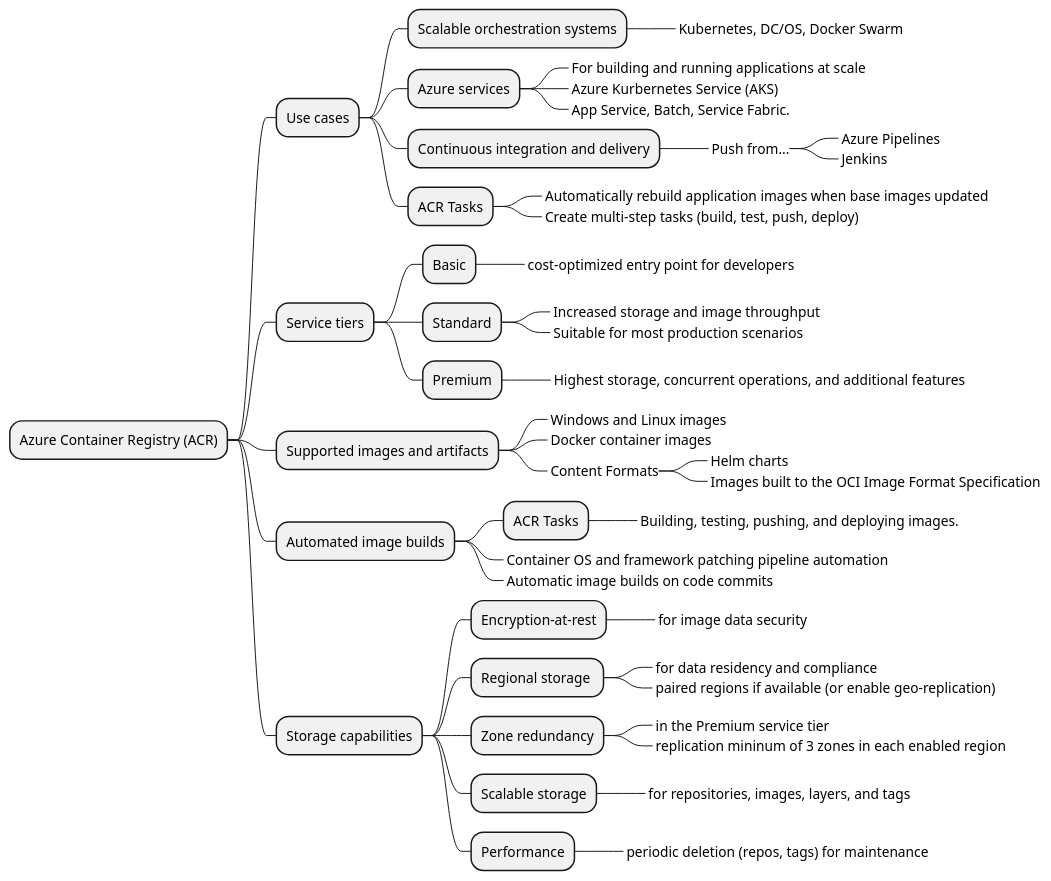
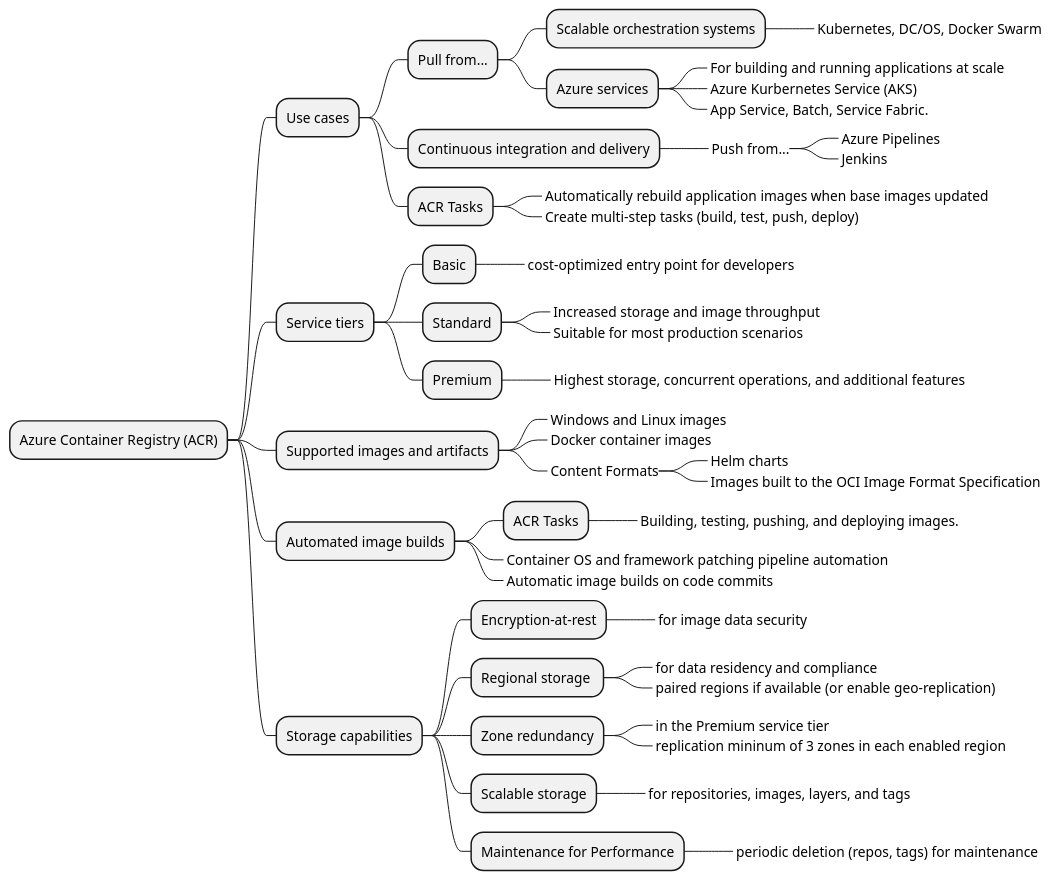
The diagram in 03 - containerized-solutions/diagrams/container-registry.plantuml (bobbyache/AZ-204), drawn with PlantUML before and after one commit. The commit also changed 61 other files, not shown here.

```diff
--- a/03 - containerized-solutions/diagrams/container-registry.plantuml
+++ b/03 - containerized-solutions/diagrams/container-registry.plantuml
@@ -1,52 +1,53 @@
 @startmindmap
 
 + Azure Container Registry (ACR)
 ++ Use cases
-+++ Scalable orchestration systems
-++++_ Kubernetes, DC/OS, Docker Swarm
-+++ Azure services
-++++_ For building and running applications at scale
-++++_ Azure Kurbernetes Service (AKS)
-++++_ App Service, Batch, Service Fabric.
++++ Pull from...
+++++ Scalable orchestration systems
++++++_ Kubernetes, DC/OS, Docker Swarm
+++++ Azure services
++++++_ For building and running applications at scale
++++++_ Azure Kurbernetes Service (AKS)
++++++_ App Service, Batch, Service Fabric.
 +++ Continuous integration and delivery
 ++++_ Push from...
 +++++_ Azure Pipelines
 +++++_ Jenkins
 +++ ACR Tasks
 ++++_ Automatically rebuild application images when base images updated
 ++++_ Create multi-step tasks (build, test, push, deploy)
 ++ Service tiers
 +++ Basic
 ++++_ cost-optimized entry point for developers
 +++ Standard
 ++++_ Increased storage and image throughput
 ++++_ Suitable for most production scenarios
 +++ Premium
 ++++_ Highest storage, concurrent operations, and additional features
 
 ++ Supported images and artifacts
 +++_ Windows and Linux images
 +++_ Docker container images
 +++_ Content Formats
 ++++_ Helm charts
 ++++_ Images built to the OCI Image Format Specification
 ++ Automated image builds
 +++ ACR Tasks
 ++++_ Building, testing, pushing, and deploying images.
 +++_ Container OS and framework patching pipeline automation
 +++_ Automatic image builds on code commits
 ++ Storage capabilities
 +++ Encryption-at-rest
 ++++_ for image data security
 +++ Regional storage 
 ++++_ for data residency and compliance
 ++++_ paired regions if available (or enable geo-replication)
 +++ Zone redundancy
 ++++_ in the Premium service tier
 ++++_ replication mininum of 3 zones in each enabled region
 +++ Scalable storage
 ++++_ for repositories, images, layers, and tags
-+++ Performance
++++ Maintenance for Performance
 ++++_ periodic deletion (repos, tags) for maintenance
 
 @endmindmap
```
